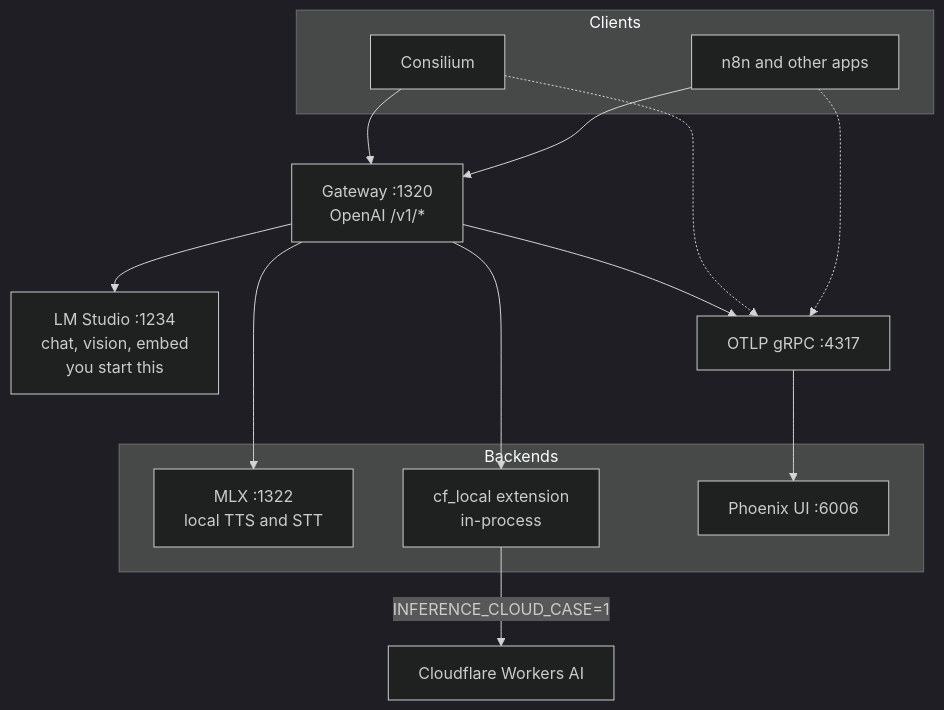
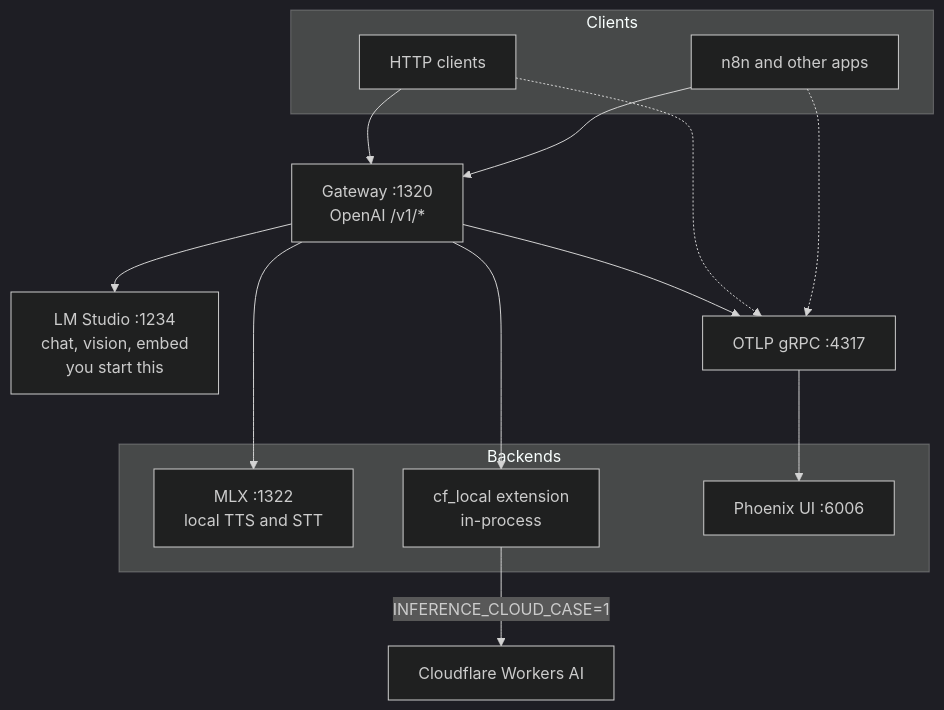
Before and after one commit to behaviorengineering/polypus: the diagram in README.md, drawn with Mermaid (dark theme). The commit also changed other lines of this file and 25 other files, not shown here.

````diff
--- a/README.md
+++ b/README.md
@@ -11,30 +9,30 @@
 ```mermaid
 flowchart TB
   subgraph clients [Clients]
-    C[Consilium]
+    C[HTTP clients]
     N[n8n and other apps]
   end
 
   G["Gateway :1320<br/>OpenAI /v1/*"]
 
   subgraph arms [Backends]
     M["MLX :1322<br/>local TTS and STT"]
     CFExt["cf_local extension<br/>in-process"]
     P["Phoenix UI :6006"]
   end
 
   LMS["LM Studio :1234<br/>chat, vision, embed<br/>you start this"]
   CF[Cloudflare Workers AI]
   OTLP["OTLP gRPC :4317"]
 
   C --> G
   N --> G
   G --> M
   G --> CFExt
   G --> LMS
   G --> OTLP
   CFExt -->|"INFERENCE_CLOUD_CASE=1"| CF
   C -.-> OTLP
   N -.-> OTLP
   OTLP --> P
 ```
````
